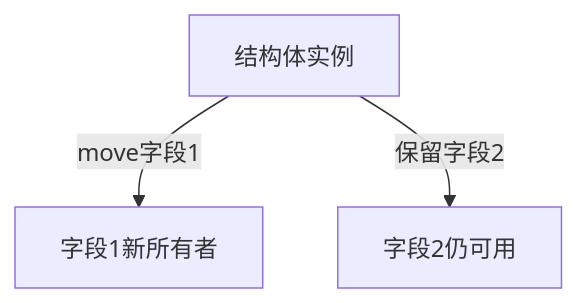
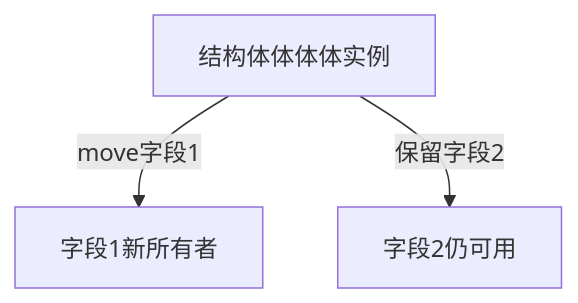
The second of 2 diagrams in formal_rust/language/01_ownership_borrowing/06_move_semantics.md (martin-ly/rust-lang), drawn with Mermaid before and after one commit. The commit also changed other lines of this file and 5740 other files, not shown here.

````diff
--- a/formal_rust/language/01_ownership_borrowing/06_move_semantics.md
+++ b/formal_rust/language/01_ownership_borrowing/06_move_semantics.md
@@ -147,5 +147,5 @@
 ```mermaid
 graph TD;
-    S[结构体实例] --move字段1--> F1[字段1新所有者];
+    S[结构体体体体实例] --move字段1--> F1[字段1新所有者];
     S --保留字段2--> F2[字段2仍可用];
 ```
````
